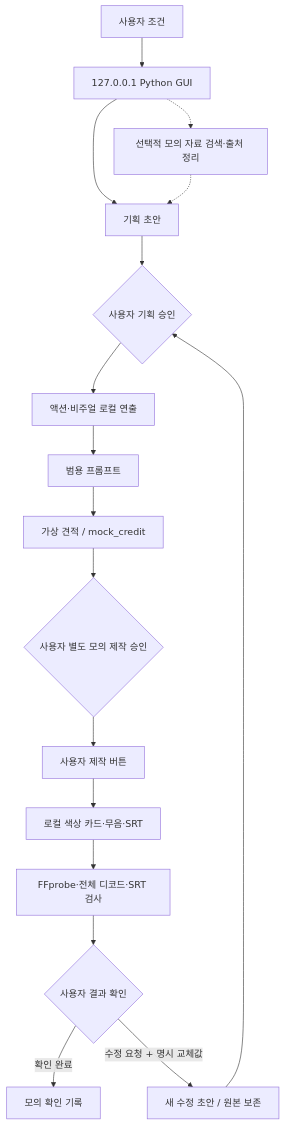
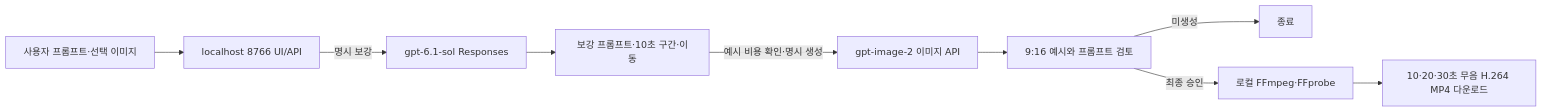
Before and after one commit to praksb2428-maker/Multi-Agent-Based-Video-Generation-Project: the diagram in docs/architecture.md, drawn with Mermaid. The commit also changed other lines of this file and 78 other files, not shown here.

````diff
--- a/docs/architecture.md
+++ b/docs/architecture.md
@@ -22,19 +5,11 @@
 ```mermaid
-flowchart TD
-    U[사용자 조건] --> GUI[127.0.0.1 Python GUI]
-    GUI --> P[기획 초안]
-    GUI -.-> REF[선택적 모의 자료 검색·출처 정리]
-    REF -.-> P
-    P --> PA{사용자 기획 승인}
-    PA --> D[액션·비주얼 로컬 연출]
-    D --> PR[범용 프롬프트]
-    PR --> Q[가상 견적 / mock_credit]
-    Q --> AP{사용자 별도 모의 제작 승인}
-    AP --> START[사용자 제작 버튼]
-    START --> M[로컬 색상 카드·무음·SRT]
-    M --> QA[FFprobe·전체 디코드·SRT 검사]
-    QA --> H{사용자 결과 확인}
-    H -->|확인 완료| DONE[모의 확인 기록]
-    H -->|수정 요청 + 명시 교체값| P2[새 수정 초안 / 원본 보존]
-    P2 --> PA
+flowchart LR
+    U[사용자 프롬프트·선택 이미지] --> WEB[localhost 8766 UI/API]
+    WEB -->|명시 보강| GPT[gpt-6.1-sol Responses]
+    GPT --> PLAN[보강 프롬프트·10초 구간·이동]
+    PLAN -->|예시 비용 확인·명시 생성| IMG[gpt-image-2 이미지 API]
+    IMG --> REVIEW[9:16 예시와 프롬프트 검토]
+    REVIEW -->|미생성| STOP[종료]
+    REVIEW -->|최종 승인| RENDER[로컬 FFmpeg·FFprobe]
+    RENDER --> MP4[10·20·30초 무음 H.264 MP4 다운로드]
 ```
````
